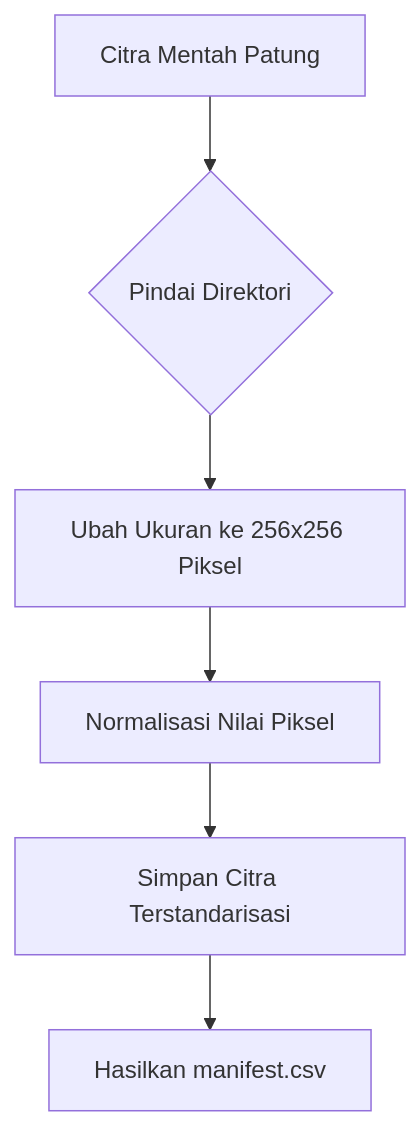
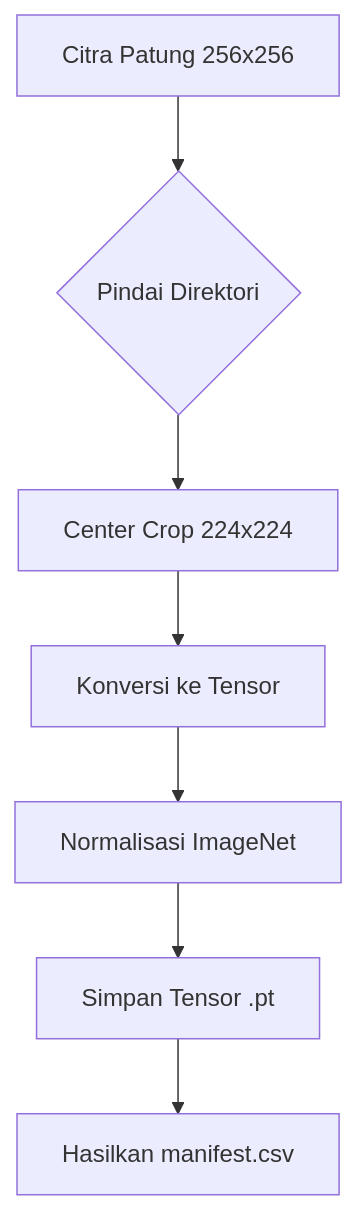
The second of 6 diagrams in docs/skripsi/PENJELASAN_FLOWCHART_SKRIPSI.md (Official-Fidev/dino_vits16_togog_clustering), drawn with Mermaid before and after one commit. The commit also changed other lines of this file and 13 other files, not shown here.

````diff
--- a/docs/skripsi/PENJELASAN_FLOWCHART_SKRIPSI.md
+++ b/docs/skripsi/PENJELASAN_FLOWCHART_SKRIPSI.md
@@ -26,8 +62,9 @@
 ```mermaid
 graph TD
-    Raw[Citra Mentah Patung] --> Scan{Pindai Direktori}
-    Scan --> Resize[Ubah Ukuran ke 256x256 Piksel]
-    Resize --> Norm[Normalisasi Nilai Piksel]
-    Norm --> SaveData[Simpan Citra Terstandarisasi]
+    Raw[Citra Patung 256x256] --> Scan{Pindai Direktori}
+    Scan --> Crop[Center Crop 224x224]
+    Crop --> Tensor[Konversi ke Tensor]
+    Tensor --> Norm[Normalisasi ImageNet]
+    Norm --> SaveData[Simpan Tensor .pt]
     SaveData --> SaveManifest[Hasilkan manifest.csv]
 ```
````
